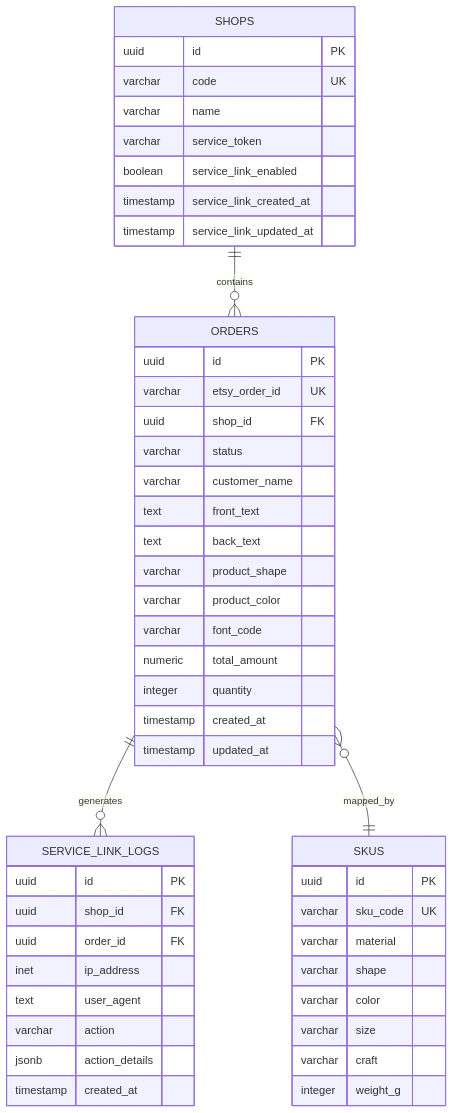
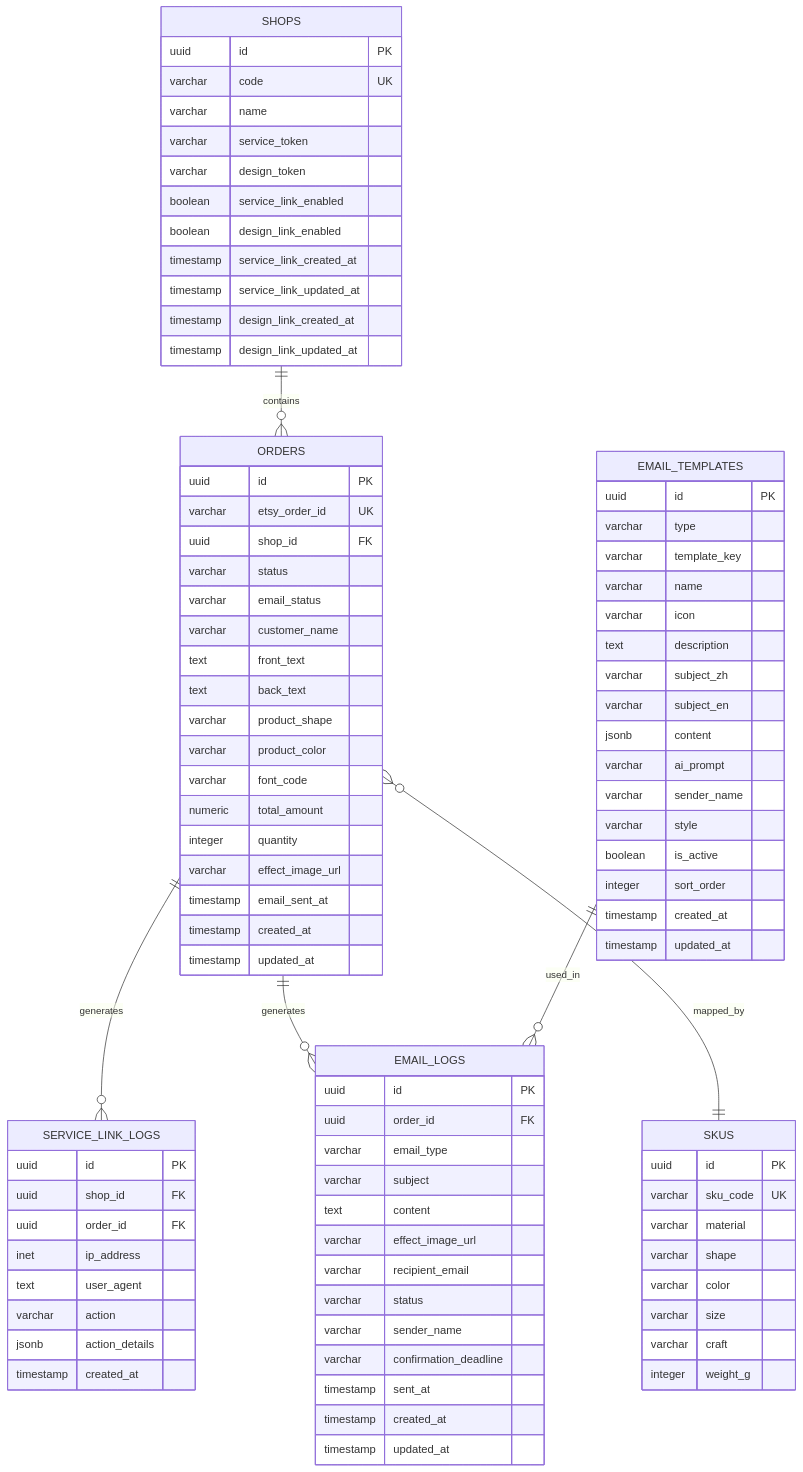
One commit to SY6621/POD-Order-Management changed the sixth of 13 diagrams in .qoder/repowiki/zh/content/开发指南/客服外链双链接系统.md. Above: the diagram before and after it, drawn with Mermaid. The commit also changed other lines of this file and 7 other files, not shown here.

````diff
--- a/.qoder/repowiki/zh/content/开发指南/客服外链双链接系统.md
+++ b/.qoder/repowiki/zh/content/开发指南/客服外链双链接系统.md
@@ -346,15 +404,20 @@
 varchar code UK
 varchar name
 varchar service_token
+varchar design_token
 boolean service_link_enabled
+boolean design_link_enabled
 timestamp service_link_created_at
 timestamp service_link_updated_at
+timestamp design_link_created_at
+timestamp design_link_updated_at
 }
 ORDERS {
 uuid id PK
 varchar etsy_order_id UK
 uuid shop_id FK
 varchar status
+varchar email_status
 varchar customer_name
 text front_text
 text back_text
@@ -363,6 +426,8 @@
 varchar font_code
 numeric total_amount
 integer quantity
+varchar effect_image_url
+timestamp email_sent_at
 timestamp created_at
 timestamp updated_at
 }
@@ -376,6 +441,39 @@
 jsonb action_details
 timestamp created_at
 }
+EMAIL_LOGS {
+uuid id PK
+uuid order_id FK
+varchar email_type
+varchar subject
+text content
+varchar effect_image_url
+varchar recipient_email
+varchar status
+varchar sender_name
+varchar confirmation_deadline
+timestamp sent_at
+timestamp created_at
+timestamp updated_at
+}
+EMAIL_TEMPLATES {
+uuid id PK
+varchar type
+varchar template_key
+varchar name
+varchar icon
+text description
+varchar subject_zh
+varchar subject_en
+jsonb content
+varchar ai_prompt
+varchar sender_name
+varchar style
+boolean is_active
+integer sort_order
+timestamp created_at
+timestamp updated_at
+}
 SKUS {
 uuid id PK
 varchar sku_code UK
@@ -388,5 +486,7 @@
 }
 SHOPS ||--o{ ORDERS : "contains"
 ORDERS ||--o{ SERVICE_LINK_LOGS : "generates"
+ORDERS ||--o{ EMAIL_LOGS : "generates"
 ORDERS }o--|| SKUS : "mapped_by"
+EMAIL_TEMPLATES ||--o{ EMAIL_LOGS : "used_in"
 ```
````
